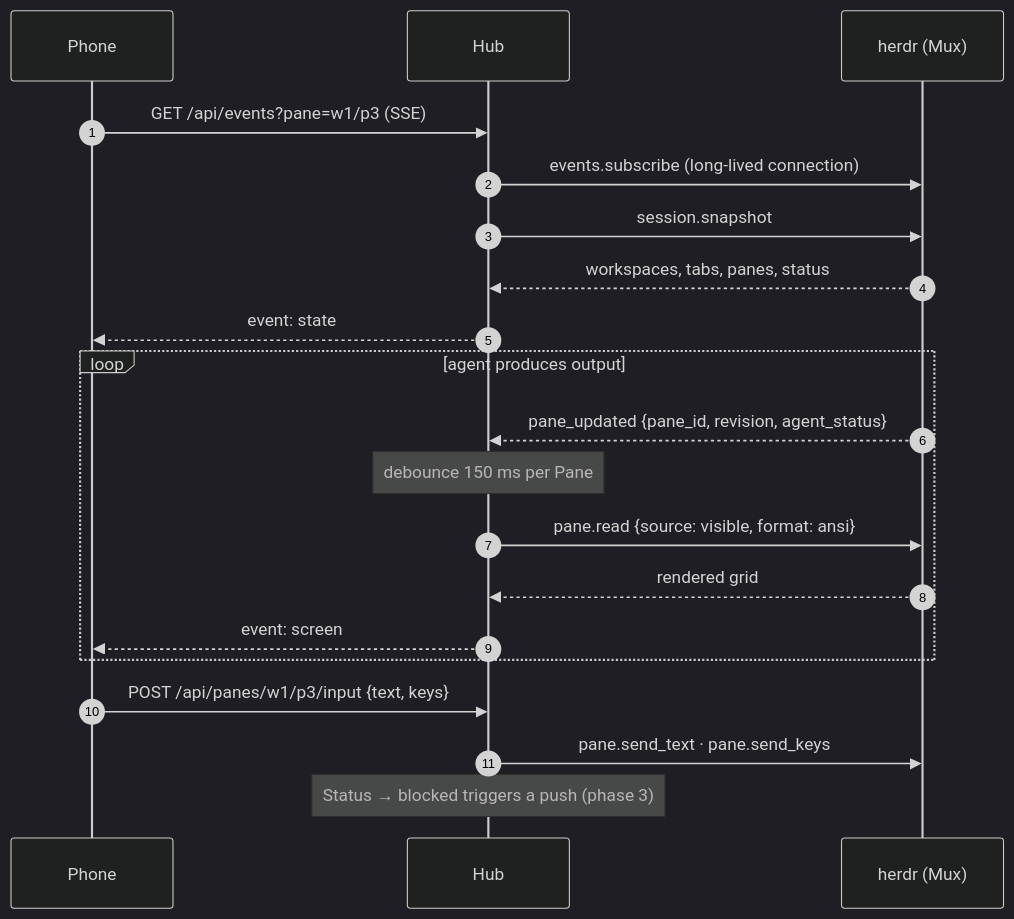
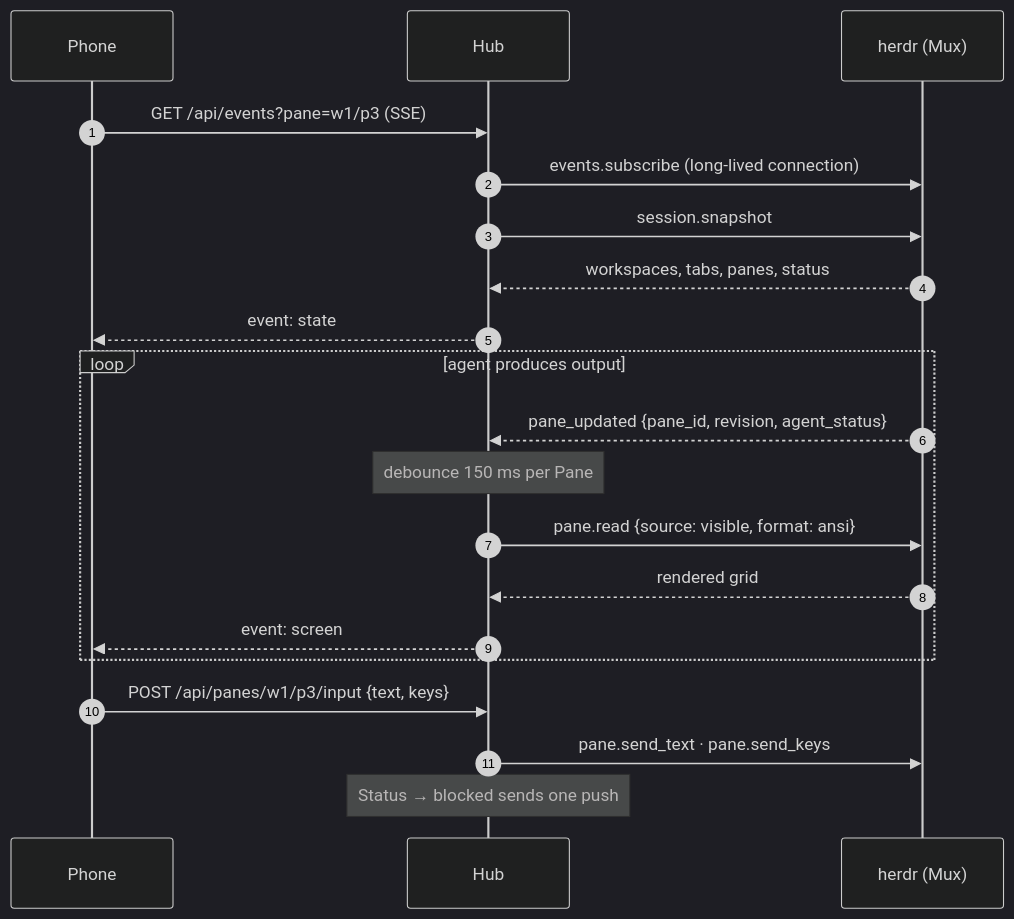
One commit to radityasurya/taut changed the third of 5 diagrams in docs/ARCHITECTURE.md. Above: the diagram before and after it, drawn with Mermaid (dark theme). The commit also changed other lines of this file and 15 other files, not shown here.

First line of the commit message:
Phase 3: Web Push on blocked, service worker, app badge, Settings toggle, Hub liveness refresh

````diff
--- a/docs/ARCHITECTURE.md
+++ b/docs/ARCHITECTURE.md
@@ -50,23 +50,23 @@
 ```mermaid
 sequenceDiagram
     autonumber
     participant P as Phone
     participant H as Hub
     participant M as herdr (Mux)
 
     P->>H: GET /api/events?pane=w1/p3  (SSE)
     H->>M: events.subscribe (long-lived connection)
     H->>M: session.snapshot
     M-->>H: workspaces, tabs, panes, status
     H-->>P: event: state
     loop agent produces output
         M-->>H: pane_updated {pane_id, revision, agent_status}
         Note over H: debounce 150 ms per Pane
         H->>M: pane.read {source: visible, format: ansi}
         M-->>H: rendered grid
         H-->>P: event: screen
     end
     P->>H: POST /api/panes/w1/p3/input {text, keys}
     H->>M: pane.send_text · pane.send_keys
-    Note over H: Status → blocked triggers a push (phase 3)
+    Note over H: Status → blocked sends one push
 ```
````
